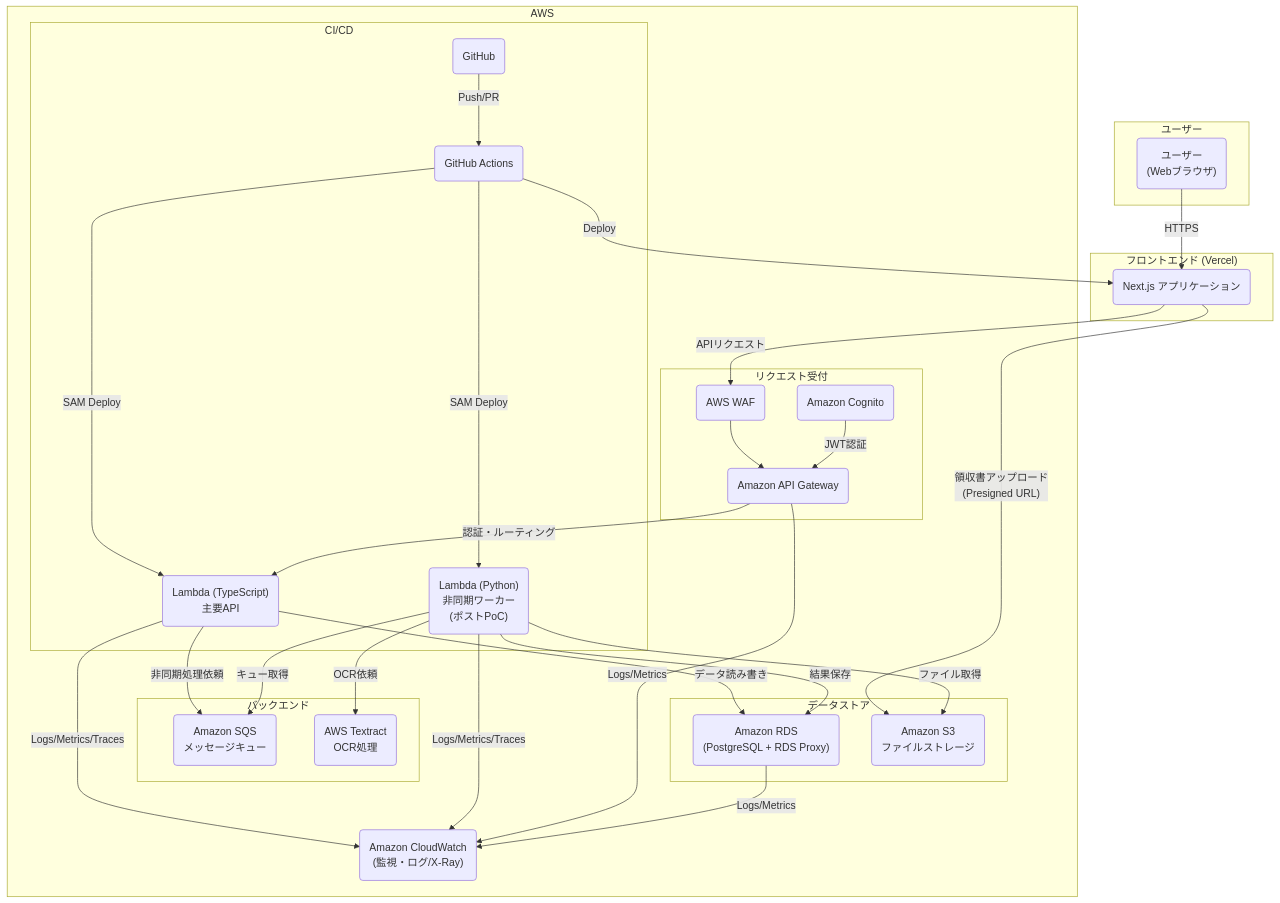
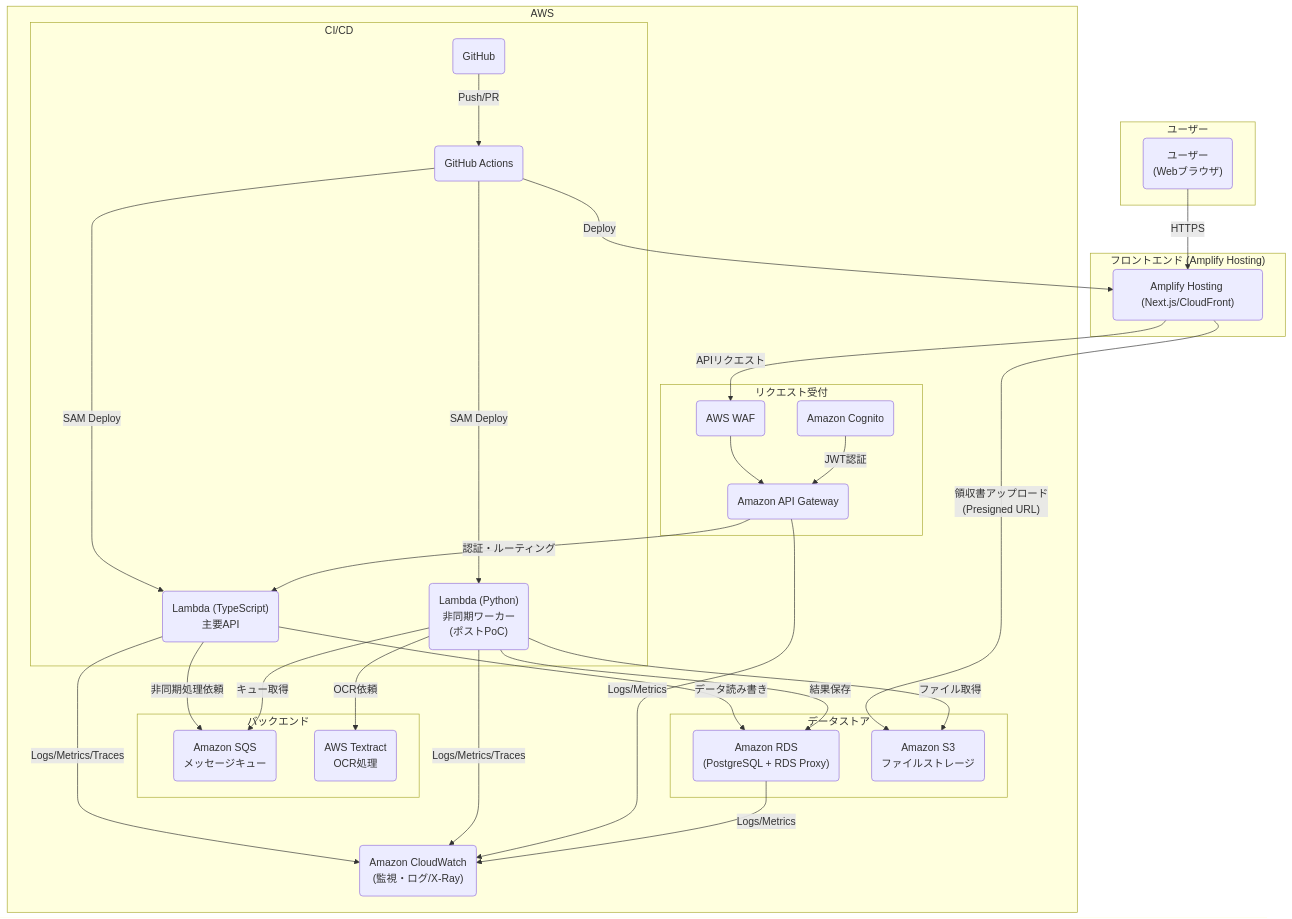
The first of 5 diagrams in docs/specification/3_architecture_design.md (miyaz79/Stamper), drawn with Mermaid before and after one commit. The commit also changed other lines of this file and 1 other file, not shown here.

````diff
--- a/docs/specification/3_architecture_design.md
+++ b/docs/specification/3_architecture_design.md
@@ -22,59 +22,59 @@
 ```mermaid
 graph TD
         subgraph "ユーザー"
                 User("ユーザー<br>(Webブラウザ)")
         end
 
-        subgraph "フロントエンド (Vercel)"
-                Frontend("Next.js アプリケーション")
+        subgraph "フロントエンド (Amplify Hosting)"
+                Frontend("Amplify Hosting (Next.js/CloudFront)")
         end
 
         subgraph "AWS"
                 subgraph "CI/CD"
                         GitHub("GitHub") -- Push/PR --> GHActions("GitHub Actions")
                         GHActions -- "Deploy" --> Frontend
                         GHActions -- "SAM Deploy" --> LambdaTS
                         GHActions -- "SAM Deploy" --> LambdaPy
                 end
 
                 subgraph "リクエスト受付"
                         WAF("AWS WAF") --> APIGW("Amazon API Gateway")
                         Cognito("Amazon Cognito") -- "JWT認証" --> APIGW
                 end
 
         subgraph "バックエンド"
                         LambdaTS("Lambda (TypeScript)\n主要API")
             LambdaPy("Lambda (Python)\n非同期ワーカー\n(ポストPoC)")
                         SQS("Amazon SQS\nメッセージキュー")
                         Textract("AWS Textract\nOCR処理")
                 end
 
                 subgraph "データストア"
                         RDS("Amazon RDS\n(PostgreSQL + RDS Proxy)")
                         S3("Amazon S3\nファイルストレージ")
                 end
         
                 CloudWatch("Amazon CloudWatch\n(監視・ログ/X-Ray)")
         end
 
         %% --- データフローの定義 ---
         User -- "HTTPS" --> Frontend
 
         Frontend -- "APIリクエスト" --> WAF
         APIGW -- "認証・ルーティング" --> LambdaTS
         LambdaTS -- "データ読み書き" --> RDS
 
         Frontend -- "領収書アップロード\n(Presigned URL)" --> S3
         LambdaTS -- "非同期処理依頼" --> SQS
     
         LambdaPy -- "キュー取得" --> SQS
         LambdaPy -- "ファイル取得" --> S3
         LambdaPy -- "OCR依頼" --> Textract
         LambdaPy -- "結果保存" --> RDS
 
         %% --- 監視フローの定義 ---
         LambdaTS -- "Logs/Metrics/Traces" --> CloudWatch
         LambdaPy -- "Logs/Metrics/Traces" --> CloudWatch
         APIGW -- "Logs/Metrics" --> CloudWatch
         RDS -- "Logs/Metrics" --> CloudWatch
 ```
````
